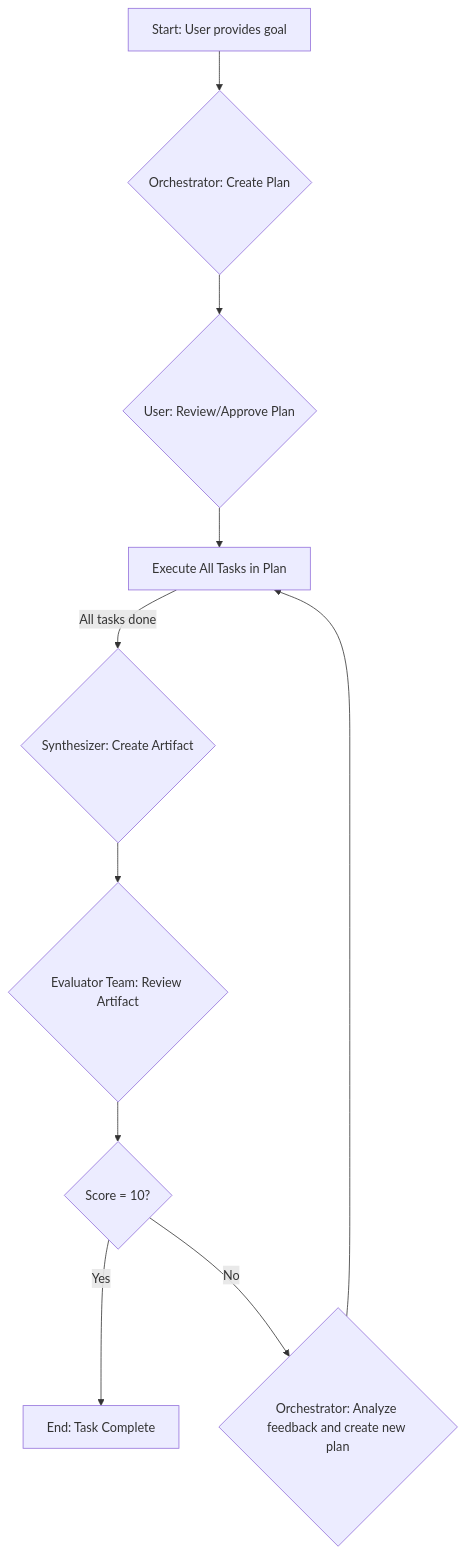
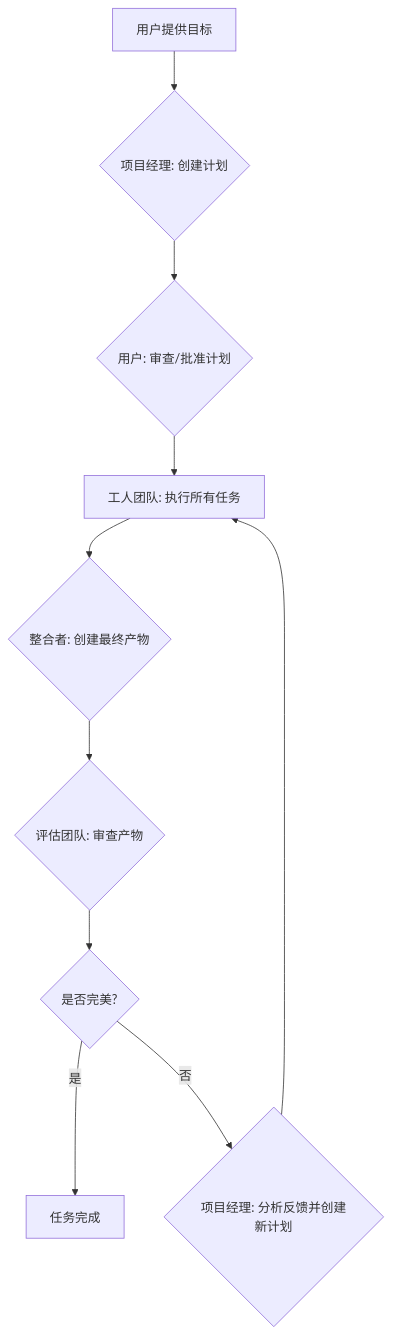
Before and after one commit to zhongruichen/build-agent: the first of 2 diagrams in README.md, drawn with Mermaid. The commit also changed other lines of this file and 25 other files, not shown here.

````diff
--- a/README.md
+++ b/README.md
@@ -23,12 +124,12 @@
 ```mermaid
 graph TD
-    A[Start: User provides goal] --> B{Orchestrator: Create Plan};
-    B --> C{User: Review/Approve Plan};
-    C --> D[Execute All Tasks in Plan];
-    D -- All tasks done --> E{Synthesizer: Create Artifact};
-    E --> F{Evaluator Team: Review Artifact};
-    F --> G{Score = 10?};
-    G -- Yes --> H[End: Task Complete];
-    G -- No --> I{Orchestrator: Analyze feedback and create new plan};
+    A[用户提供目标] --> B{项目经理: 创建计划};
+    B --> C{用户: 审查/批准计划};
+    C --> D[工人团队: 执行所有任务];
+    D --> E{整合者: 创建最终产物};
+    E --> F{评估团队: 审查产物};
+    F --> G{是否完美?};
+    G -- 是 --> H[任务完成];
+    G -- 否 --> I{项目经理: 分析反馈并创建新计划};
     I --> D;
 ```
````
